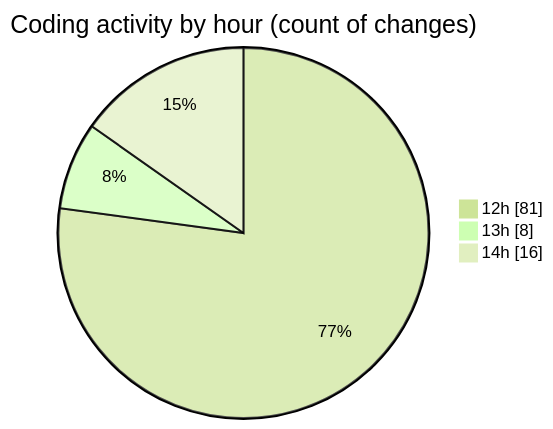
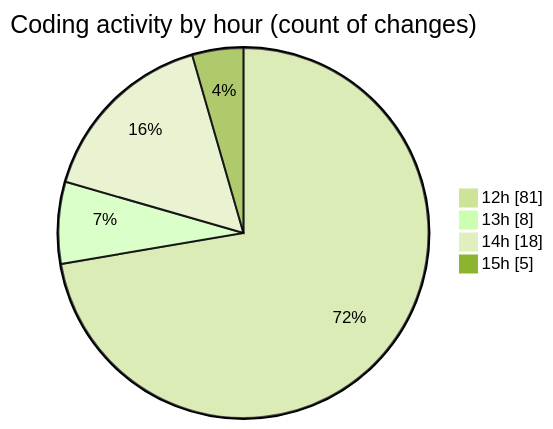
Before and after one commit to Ritupan-Deka/code-tracking: the second of 2 diagrams in 2025-12-28/rust/README.md, drawn with Mermaid (forest theme). The commit also changed other lines of this file and 1 other file, not shown here.

````diff
--- a/2025-12-28/rust/README.md
+++ b/2025-12-28/rust/README.md
@@ -30,7 +30,8 @@
 ```mermaid
 pie showData
 title Coding activity by hour (count of changes)
 "12h" : 81
 "13h" : 8
-"14h" : 16
+"14h" : 18
+"15h" : 5
 ```
````
